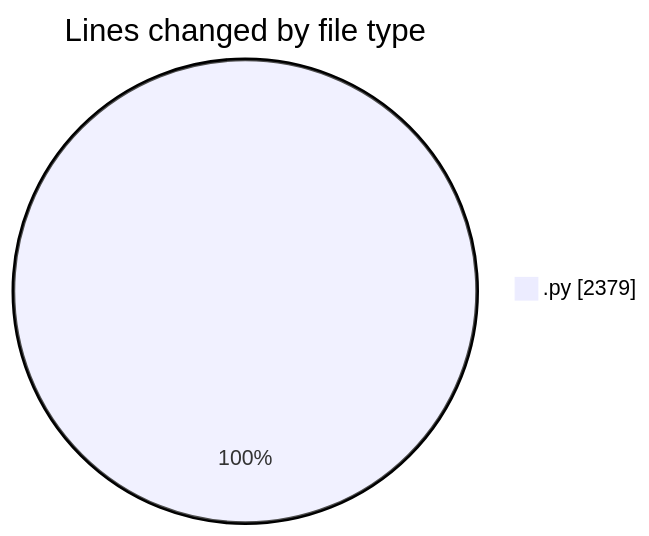
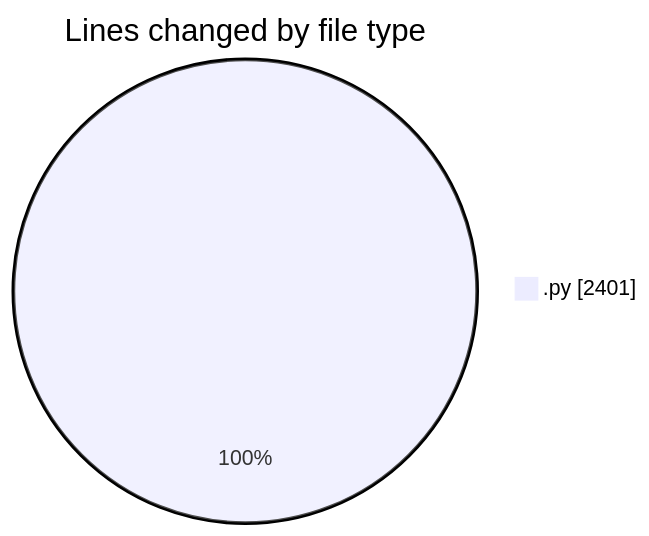
Before and after one commit to MatusMokan/code-tracking: the first of 2 diagrams in 2025-04-19/myws__workspace_/README.md, drawn with Mermaid. The commit also changed other lines of this file and 1 other file, not shown here.

````diff
--- a/2025-04-19/myws__workspace_/README.md
+++ b/2025-04-19/myws__workspace_/README.md
@@ -24,5 +25,5 @@
 ```mermaid
 pie showData
 title Lines changed by file type
-".py" : 2379
+".py" : 2401
 ```
````
